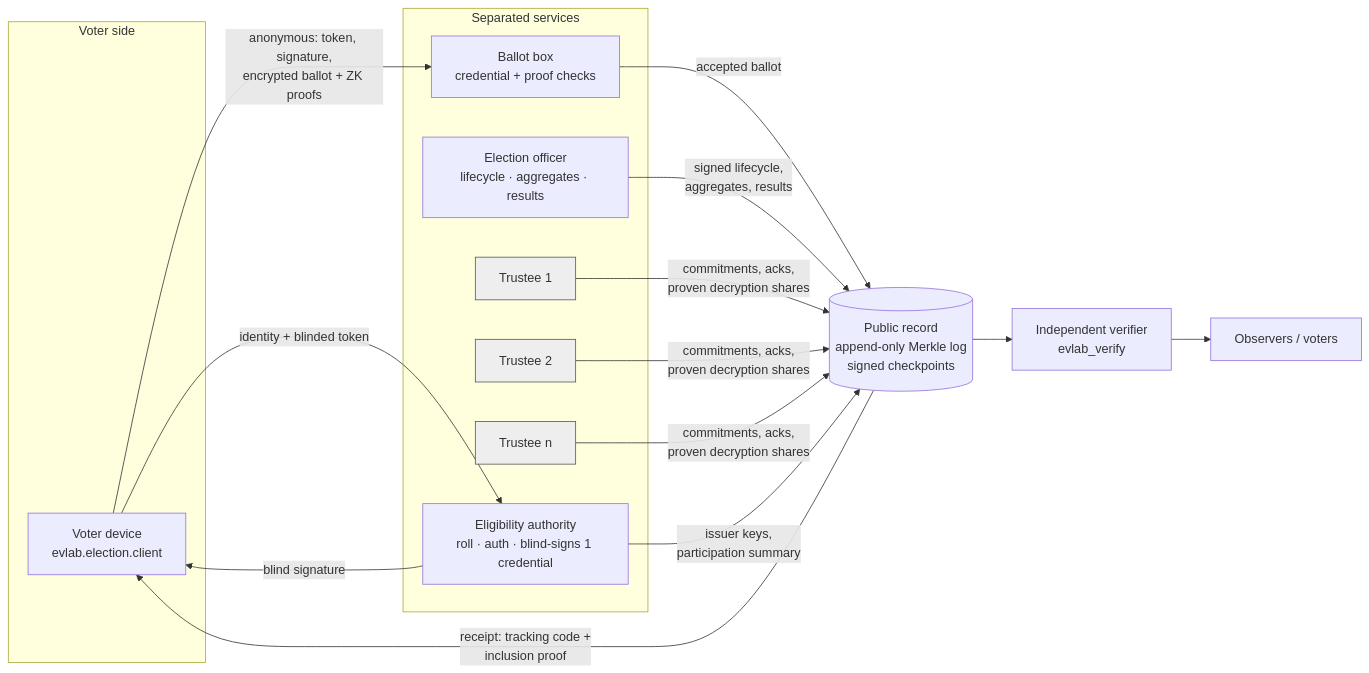
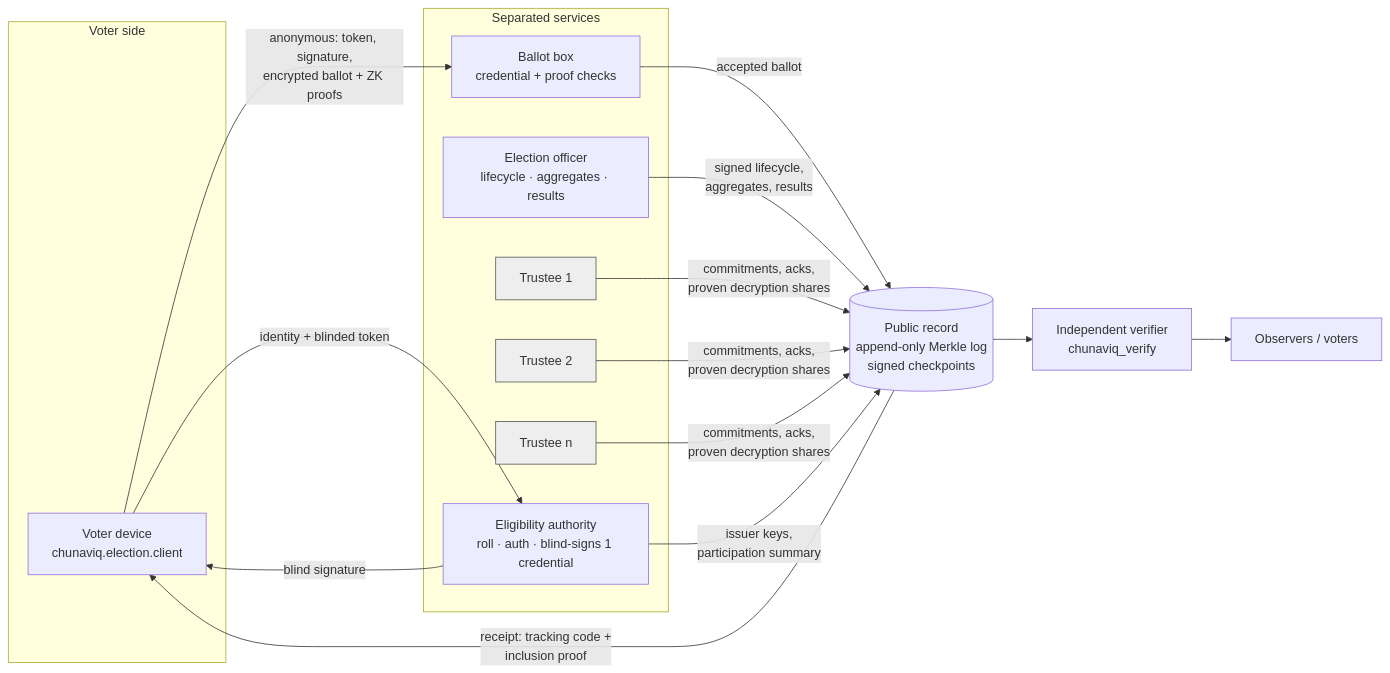
Before and after one commit to itsashiish/chunaviq: the diagram in docs/architecture.md, drawn with Mermaid. The commit also changed other lines of this file and 69 other files, not shown here.

````diff
--- a/docs/architecture.md
+++ b/docs/architecture.md
@@ -3,28 +3,28 @@
 ```mermaid
 flowchart LR
   subgraph Voter side
-    D[Voter device<br/>evlab.election.client]
+    D[Voter device<br/>chunaviq.election.client]
   end
   subgraph Separated services
     E[Eligibility authority<br/>roll · auth · blind-signs 1 credential]
     B[Ballot box<br/>credential + proof checks]
     T1[Trustee 1]:::t
     T2[Trustee 2]:::t
     Tn[Trustee n]:::t
     O[Election officer<br/>lifecycle · aggregates · results]
   end
   R[(Public record<br/>append-only Merkle log<br/>signed checkpoints)]
-  V[Independent verifier<br/>evlab_verify]
+  V[Independent verifier<br/>chunaviq_verify]
   OBS[Observers / voters]
 
   D -- "identity + blinded token" --> E
   E -- "blind signature" --> D
   D -- "anonymous: token, signature,<br/>encrypted ballot + ZK proofs" --> B
   B -- "accepted ballot" --> R
   O -- "signed lifecycle,<br/>aggregates, results" --> R
   T1 & T2 & Tn -- "commitments, acks,<br/>proven decryption shares" --> R
   E -- "issuer keys,<br/>participation summary" --> R
   R --> V --> OBS
   R -- "receipt: tracking code +<br/>inclusion proof" --> D
   classDef t fill:#eee,stroke:#555
 ```
````
